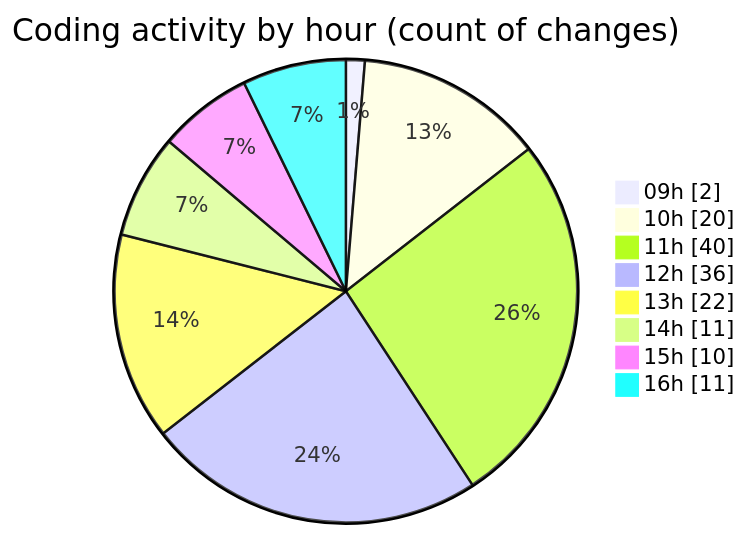
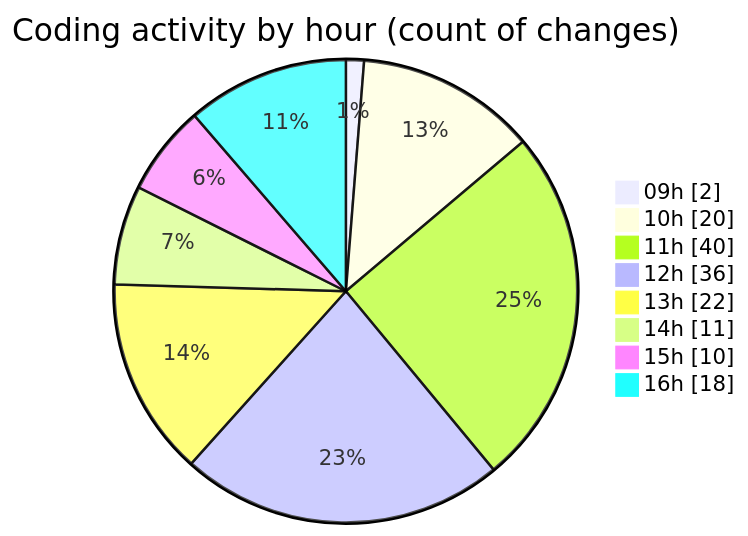
The second of 2 diagrams in 2025-06-13/cda/README.md (momahboobian/code-tracking), drawn with Mermaid before and after one commit. The commit also changed other lines of this file and 1 other file, not shown here.

````diff
--- a/2025-06-13/cda/README.md
+++ b/2025-06-13/cda/README.md
@@ -42,12 +44,12 @@
 ```mermaid
 pie showData
 title Coding activity by hour (count of changes)
 "09h" : 2
 "10h" : 20
 "11h" : 40
 "12h" : 36
 "13h" : 22
 "14h" : 11
 "15h" : 10
-"16h" : 11
+"16h" : 18
 ```
````
